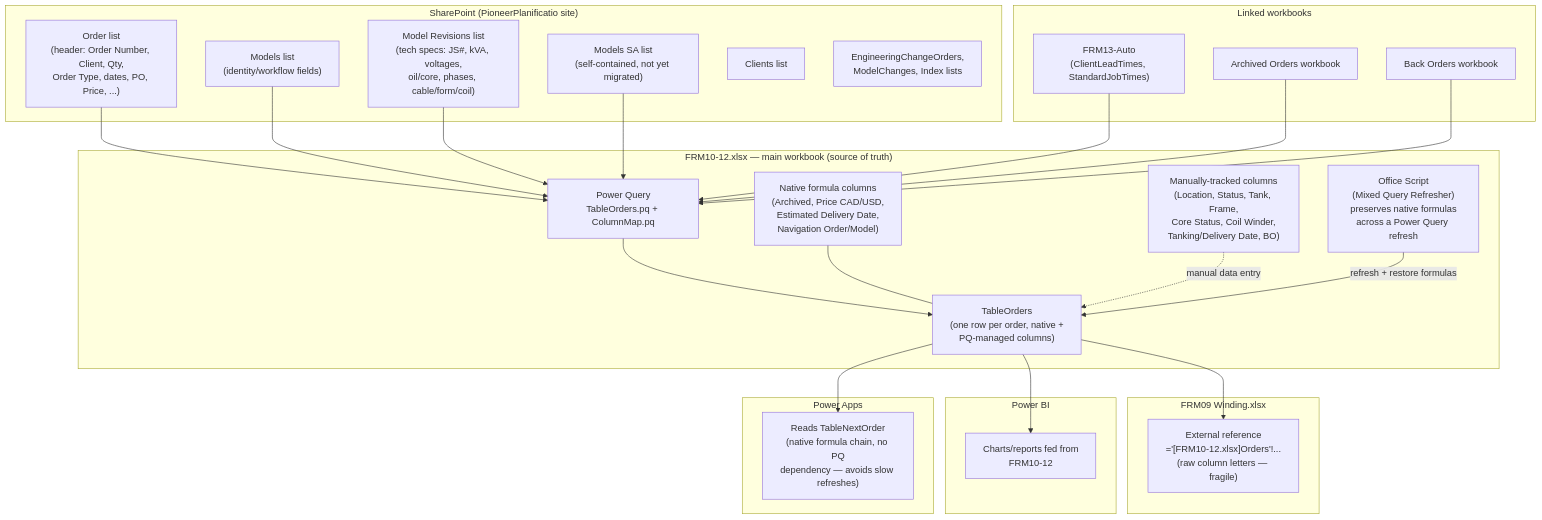
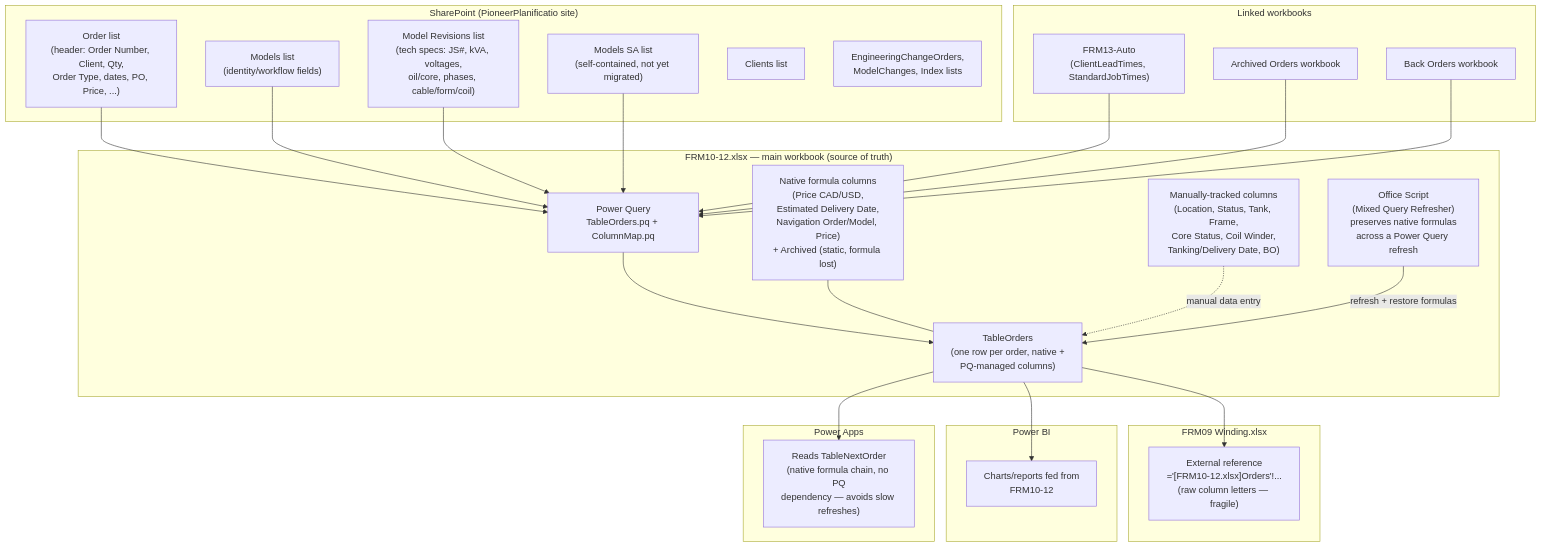
Before and after one commit to Biplan-Consulting-Services/pioneer-transformer-workflow-automation: the first of 2 diagrams in docs/infrastructure-overview.md, drawn with Mermaid. The commit also changed other lines of this file and 2 other files, not shown here.

First line of the commit message:
Add calculated-columns-plan.md: SharePoint port analysis for the 7 native formula columns

````diff
--- a/docs/infrastructure-overview.md
+++ b/docs/infrastructure-overview.md
@@ -17,52 +17,52 @@
 ```mermaid
 flowchart TB
     subgraph SP["SharePoint (PioneerPlanificatio site)"]
         Order["Order list<br/>(header: Order Number, Client, Qty,<br/>Order Type, dates, PO, Price, ...)"]
         Models["Models list<br/>(identity/workflow fields)"]
         ModelRev["Model Revisions list<br/>(tech specs: JS#, kVA, voltages,<br/>oil/core, phases, cable/form/coil)"]
         ModelsSA["Models SA list<br/>(self-contained, not yet migrated)"]
         Clients["Clients list"]
         Other["EngineeringChangeOrders,<br/>ModelChanges, Index lists"]
     end
 
     subgraph LWB["Linked workbooks"]
         FRM13["FRM13-Auto<br/>(ClientLeadTimes, StandardJobTimes)"]
         Archived["Archived Orders workbook"]
         BO["Back Orders workbook"]
     end
 
     subgraph FRM1012["FRM10-12.xlsx — main workbook (source of truth)"]
         PQ["Power Query<br/>TableOrders.pq + ColumnMap.pq"]
         TO["TableOrders<br/>(one row per order, native +<br/>PQ-managed columns)"]
-        NativeCols["Native formula columns<br/>(Archived, Price CAD/USD,<br/>Estimated Delivery Date,<br/>Navigation Order/Model)"]
+        NativeCols["Native formula columns<br/>(Price CAD/USD,<br/>Estimated Delivery Date,<br/>Navigation Order/Model, Price)<br/>+ Archived (static, formula lost)"]
         ManualCols["Manually-tracked columns<br/>(Location, Status, Tank, Frame,<br/>Core Status, Coil Winder,<br/>Tanking/Delivery Date, BO)"]
         OScript["Office Script<br/>(Mixed Query Refresher)<br/>preserves native formulas<br/>across a Power Query refresh"]
     end
 
     subgraph FRM09B["FRM09 Winding.xlsx"]
         FRM09Ext["External reference<br/>='[FRM10-12.xlsx]Orders'!...<br/>(raw column letters — fragile)"]
     end
 
     subgraph BI["Power BI"]
         Reports["Charts/reports fed from<br/>FRM10-12"]
     end
 
     subgraph PA["Power Apps"]
         NextOrder["Reads TableNextOrder<br/>(native formula chain, no PQ<br/>dependency — avoids slow refreshes)"]
     end
 
     Order --> PQ
     Models --> PQ
     ModelRev --> PQ
     ModelsSA --> PQ
     FRM13 --> PQ
     Archived --> PQ
     BO --> PQ
     PQ --> TO
     NativeCols --- TO
     ManualCols -.manual data entry.-> TO
     OScript -->|refresh + restore formulas| TO
     TO --> FRM09Ext
     TO --> Reports
     TO --> NextOrder
 ```
````
